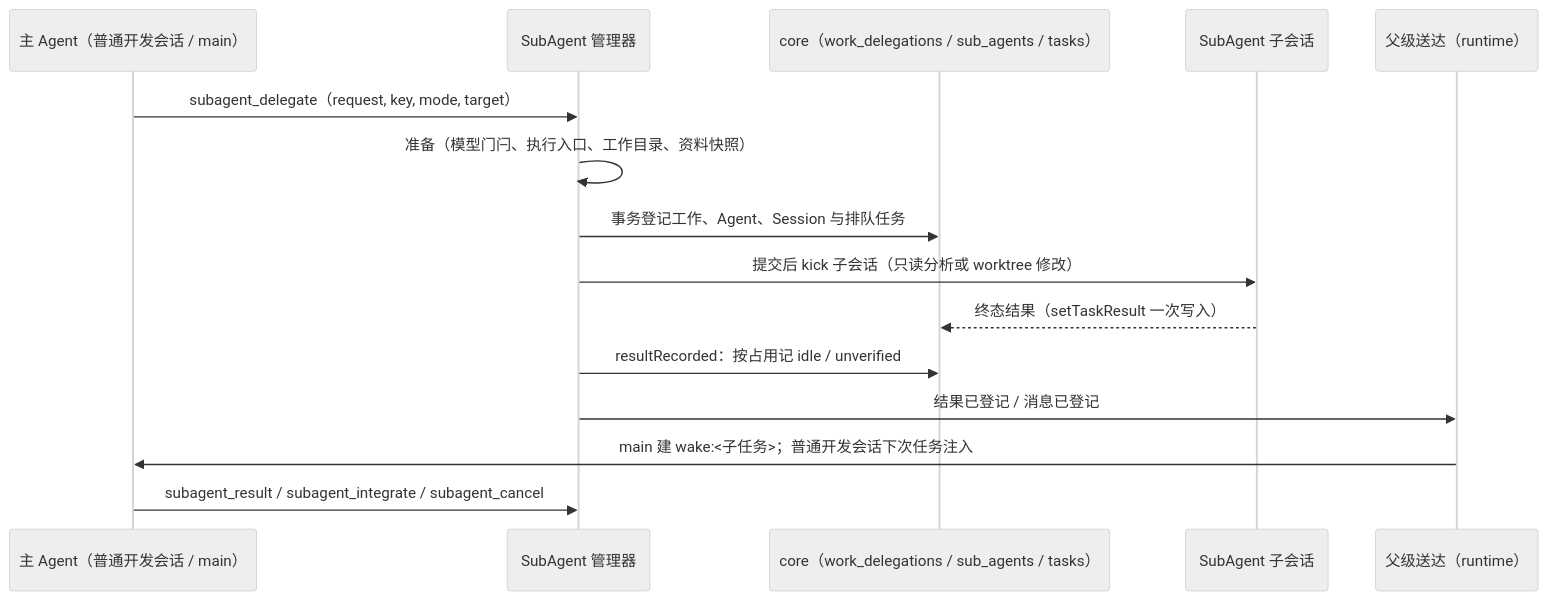
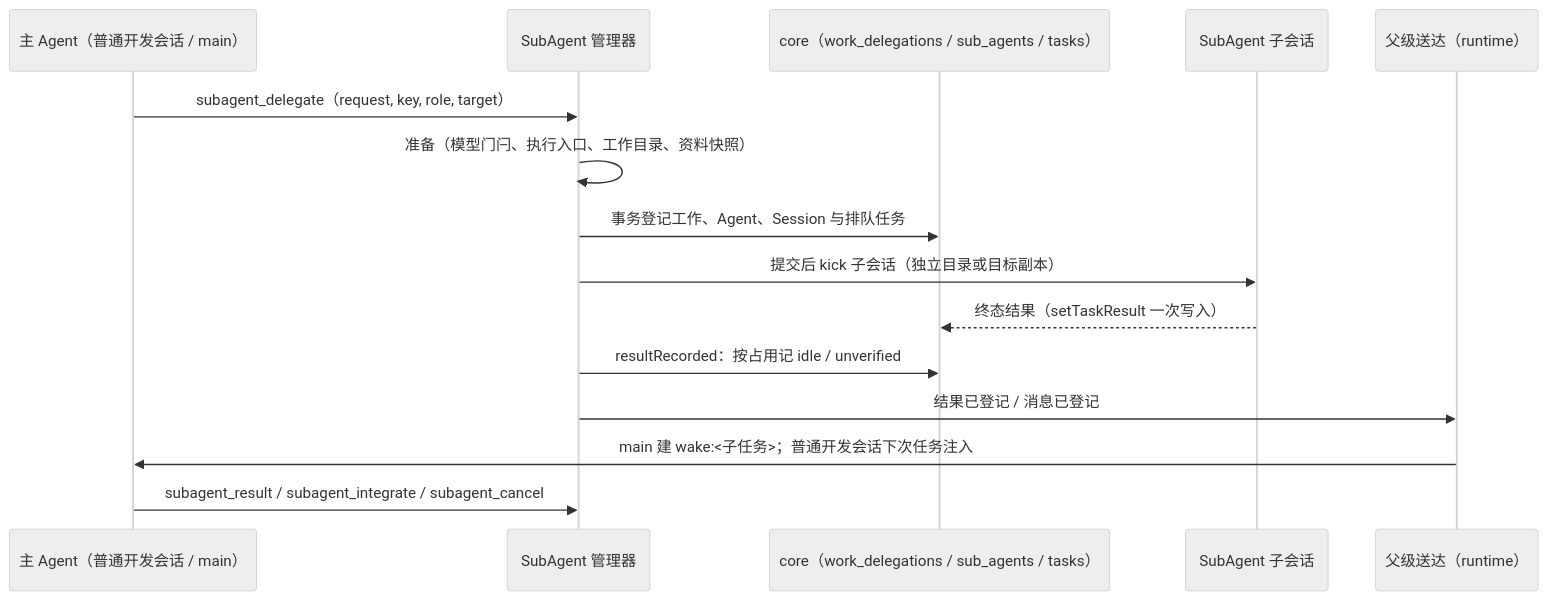
The fourth of 4 diagrams in docs/architecture.md (num-lab/Ruukoto), drawn with Mermaid (neutral theme) before and after one commit. The commit also changed other lines of this file and 151 other files, not shown here.

````diff
--- a/docs/architecture.md
+++ b/docs/architecture.md
@@ -132,18 +132,18 @@
 ```mermaid
 sequenceDiagram
   participant PA as 主 Agent（普通开发会话 / main）
   participant SM as SubAgent 管理器
   participant St as core（work_delegations / sub_agents / tasks）
   participant SA as SubAgent 子会话
   participant PD as 父级送达（runtime）
 
-  PA->>SM: subagent_delegate（request, key, mode, target）
+  PA->>SM: subagent_delegate（request, key, role, target）
   SM->>SM: 准备（模型门闩、执行入口、工作目录、资料快照）
   SM->>St: 事务登记工作、Agent、Session 与排队任务
-  SM->>SA: 提交后 kick 子会话（只读分析或 worktree 修改）
+  SM->>SA: 提交后 kick 子会话（独立目录或目标副本）
   SA-->>St: 终态结果（setTaskResult 一次写入）
   SM->>St: resultRecorded：按占用记 idle / unverified
   SM->>PD: 结果已登记 / 消息已登记
   PD->>PA: main 建 wake:<子任务>；普通开发会话下次任务注入
   PA->>SM: subagent_result / subagent_integrate / subagent_cancel
 ```
````
